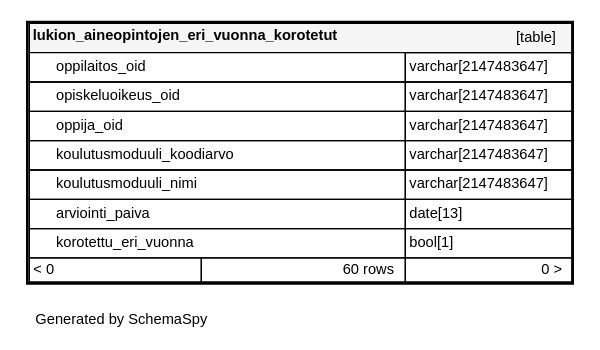
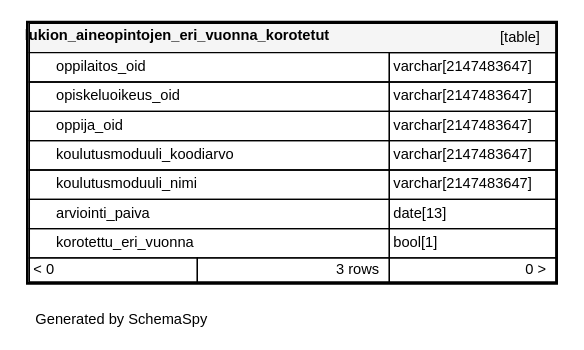
One commit to Opetushallitus/koski changed the diagram in documentation/tietokantaskeemat/koski-raportointikanta/diagrams/tables/lukion_aineopintojen_eri_vuonna_f8cfe17b.1degree.dot. Above: the diagram before and after it, drawn with Graphviz. The commit also changed 246 other files, not shown here.

```diff
--- a/documentation/tietokantaskeemat/koski-raportointikanta/diagrams/tables/lukion_aineopintojen_eri_vuonna_f8cfe17b.1degree.dot
+++ b/documentation/tietokantaskeemat/koski-raportointikanta/diagrams/tables/lukion_aineopintojen_eri_vuonna_f8cfe17b.1degree.dot
@@ -1,20 +1,20 @@
 digraph "oneDegreeRelationshipsDiagram" {
   graph [    rankdir="RL"    bgcolor="#ffffff"    label="\nGenerated by SchemaSpy"    labeljust="l"    nodesep="0.18"    ranksep="0.46"    fontname="Helvetica"    fontsize="11"    ration="compress"  ];  node [    fontname="Helvetica"    fontsize="11"    shape="plaintext"  ];  edge [    arrowsize="0.8"  ];
   "lukion_aineopintojen_eri_vuonna_korotetut" [
    label=<
     <TABLE BORDER="2" CELLBORDER="1" CELLSPACING="0" BGCOLOR="#ffffff">
-      <TR><TD COLSPAN="4"  BGCOLOR="#f5f5f5"><TABLE BORDER="0" CELLSPACING="0"><TR><TD ALIGN="LEFT" FIXEDSIZE="TRUE" WIDTH="261" HEIGHT="16"><B>lukion_aineopintojen_eri_vuonna_korotetut</B></TD><TD ALIGN="RIGHT">[table]</TD></TR></TABLE></TD></TR>
-      <TR><TD PORT="oppilaitos_oid" COLSPAN="2" BGCOLOR="#ffffff" ALIGN="LEFT"><TABLE BORDER="0" CELLSPACING="0" ALIGN="LEFT"><TR ALIGN="LEFT"><TD ALIGN="LEFT" FIXEDSIZE="TRUE" WIDTH="15" HEIGHT="16"></TD><TD ALIGN="LEFT" FIXEDSIZE="TRUE" WIDTH="261" HEIGHT="16">oppilaitos_oid</TD></TR></TABLE></TD><TD PORT="oppilaitos_oid.type" ALIGN="LEFT">varchar[2147483647]</TD></TR>
-      <TR><TD PORT="opiskeluoikeus_oid" COLSPAN="2" ALIGN="LEFT"><TABLE BORDER="0" CELLSPACING="0" ALIGN="LEFT"><TR ALIGN="LEFT"><TD ALIGN="LEFT" FIXEDSIZE="TRUE" WIDTH="15" HEIGHT="16"></TD><TD ALIGN="LEFT" FIXEDSIZE="TRUE" WIDTH="261" HEIGHT="16">opiskeluoikeus_oid</TD></TR></TABLE></TD><TD PORT="opiskeluoikeus_oid.type" ALIGN="LEFT">varchar[2147483647]</TD></TR>
-      <TR><TD PORT="oppija_oid" COLSPAN="2" ALIGN="LEFT"><TABLE BORDER="0" CELLSPACING="0" ALIGN="LEFT"><TR ALIGN="LEFT"><TD ALIGN="LEFT" FIXEDSIZE="TRUE" WIDTH="15" HEIGHT="16"></TD><TD ALIGN="LEFT" FIXEDSIZE="TRUE" WIDTH="261" HEIGHT="16">oppija_oid</TD></TR></TABLE></TD><TD PORT="oppija_oid.type" ALIGN="LEFT">varchar[2147483647]</TD></TR>
-      <TR><TD PORT="koulutusmoduuli_koodiarvo" COLSPAN="2" ALIGN="LEFT"><TABLE BORDER="0" CELLSPACING="0" ALIGN="LEFT"><TR ALIGN="LEFT"><TD ALIGN="LEFT" FIXEDSIZE="TRUE" WIDTH="15" HEIGHT="16"></TD><TD ALIGN="LEFT" FIXEDSIZE="TRUE" WIDTH="261" HEIGHT="16">koulutusmoduuli_koodiarvo</TD></TR></TABLE></TD><TD PORT="koulutusmoduuli_koodiarvo.type" ALIGN="LEFT">varchar[2147483647]</TD></TR>
-      <TR><TD PORT="koulutusmoduuli_nimi" COLSPAN="2" ALIGN="LEFT"><TABLE BORDER="0" CELLSPACING="0" ALIGN="LEFT"><TR ALIGN="LEFT"><TD ALIGN="LEFT" FIXEDSIZE="TRUE" WIDTH="15" HEIGHT="16"></TD><TD ALIGN="LEFT" FIXEDSIZE="TRUE" WIDTH="261" HEIGHT="16">koulutusmoduuli_nimi</TD></TR></TABLE></TD><TD PORT="koulutusmoduuli_nimi.type" ALIGN="LEFT">varchar[2147483647]</TD></TR>
-      <TR><TD PORT="arviointi_paiva" COLSPAN="2" ALIGN="LEFT"><TABLE BORDER="0" CELLSPACING="0" ALIGN="LEFT"><TR ALIGN="LEFT"><TD ALIGN="LEFT" FIXEDSIZE="TRUE" WIDTH="15" HEIGHT="16"></TD><TD ALIGN="LEFT" FIXEDSIZE="TRUE" WIDTH="261" HEIGHT="16">arviointi_paiva</TD></TR></TABLE></TD><TD PORT="arviointi_paiva.type" ALIGN="LEFT">date[13]</TD></TR>
-      <TR><TD PORT="korotettu_eri_vuonna" COLSPAN="2" ALIGN="LEFT"><TABLE BORDER="0" CELLSPACING="0" ALIGN="LEFT"><TR ALIGN="LEFT"><TD ALIGN="LEFT" FIXEDSIZE="TRUE" WIDTH="15" HEIGHT="16"></TD><TD ALIGN="LEFT" FIXEDSIZE="TRUE" WIDTH="261" HEIGHT="16">korotettu_eri_vuonna</TD></TR></TABLE></TD><TD PORT="korotettu_eri_vuonna.type" ALIGN="LEFT">bool[1]</TD></TR>
-      <TR><TD ALIGN="LEFT" BGCOLOR="#ffffff">&lt; 0</TD><TD ALIGN="RIGHT" BGCOLOR="#ffffff">60 rows</TD><TD ALIGN="RIGHT" BGCOLOR="#ffffff">0 &gt;</TD></TR>
+      <TR><TD COLSPAN="4"  BGCOLOR="#f5f5f5"><TABLE BORDER="0" CELLSPACING="0"><TR><TD ALIGN="LEFT" FIXEDSIZE="TRUE" WIDTH="249" HEIGHT="16"><B>lukion_aineopintojen_eri_vuonna_korotetut</B></TD><TD ALIGN="RIGHT">[table]</TD></TR></TABLE></TD></TR>
+      <TR><TD PORT="oppilaitos_oid" COLSPAN="2" BGCOLOR="#ffffff" ALIGN="LEFT"><TABLE BORDER="0" CELLSPACING="0" ALIGN="LEFT"><TR ALIGN="LEFT"><TD ALIGN="LEFT" FIXEDSIZE="TRUE" WIDTH="15" HEIGHT="16"></TD><TD ALIGN="LEFT" FIXEDSIZE="TRUE" WIDTH="249" HEIGHT="16">oppilaitos_oid</TD></TR></TABLE></TD><TD PORT="oppilaitos_oid.type" ALIGN="LEFT">varchar[2147483647]</TD></TR>
+      <TR><TD PORT="opiskeluoikeus_oid" COLSPAN="2" ALIGN="LEFT"><TABLE BORDER="0" CELLSPACING="0" ALIGN="LEFT"><TR ALIGN="LEFT"><TD ALIGN="LEFT" FIXEDSIZE="TRUE" WIDTH="15" HEIGHT="16"></TD><TD ALIGN="LEFT" FIXEDSIZE="TRUE" WIDTH="249" HEIGHT="16">opiskeluoikeus_oid</TD></TR></TABLE></TD><TD PORT="opiskeluoikeus_oid.type" ALIGN="LEFT">varchar[2147483647]</TD></TR>
+      <TR><TD PORT="oppija_oid" COLSPAN="2" ALIGN="LEFT"><TABLE BORDER="0" CELLSPACING="0" ALIGN="LEFT"><TR ALIGN="LEFT"><TD ALIGN="LEFT" FIXEDSIZE="TRUE" WIDTH="15" HEIGHT="16"></TD><TD ALIGN="LEFT" FIXEDSIZE="TRUE" WIDTH="249" HEIGHT="16">oppija_oid</TD></TR></TABLE></TD><TD PORT="oppija_oid.type" ALIGN="LEFT">varchar[2147483647]</TD></TR>
+      <TR><TD PORT="koulutusmoduuli_koodiarvo" COLSPAN="2" ALIGN="LEFT"><TABLE BORDER="0" CELLSPACING="0" ALIGN="LEFT"><TR ALIGN="LEFT"><TD ALIGN="LEFT" FIXEDSIZE="TRUE" WIDTH="15" HEIGHT="16"></TD><TD ALIGN="LEFT" FIXEDSIZE="TRUE" WIDTH="249" HEIGHT="16">koulutusmoduuli_koodiarvo</TD></TR></TABLE></TD><TD PORT="koulutusmoduuli_koodiarvo.type" ALIGN="LEFT">varchar[2147483647]</TD></TR>
+      <TR><TD PORT="koulutusmoduuli_nimi" COLSPAN="2" ALIGN="LEFT"><TABLE BORDER="0" CELLSPACING="0" ALIGN="LEFT"><TR ALIGN="LEFT"><TD ALIGN="LEFT" FIXEDSIZE="TRUE" WIDTH="15" HEIGHT="16"></TD><TD ALIGN="LEFT" FIXEDSIZE="TRUE" WIDTH="249" HEIGHT="16">koulutusmoduuli_nimi</TD></TR></TABLE></TD><TD PORT="koulutusmoduuli_nimi.type" ALIGN="LEFT">varchar[2147483647]</TD></TR>
+      <TR><TD PORT="arviointi_paiva" COLSPAN="2" ALIGN="LEFT"><TABLE BORDER="0" CELLSPACING="0" ALIGN="LEFT"><TR ALIGN="LEFT"><TD ALIGN="LEFT" FIXEDSIZE="TRUE" WIDTH="15" HEIGHT="16"></TD><TD ALIGN="LEFT" FIXEDSIZE="TRUE" WIDTH="249" HEIGHT="16">arviointi_paiva</TD></TR></TABLE></TD><TD PORT="arviointi_paiva.type" ALIGN="LEFT">date[13]</TD></TR>
+      <TR><TD PORT="korotettu_eri_vuonna" COLSPAN="2" ALIGN="LEFT"><TABLE BORDER="0" CELLSPACING="0" ALIGN="LEFT"><TR ALIGN="LEFT"><TD ALIGN="LEFT" FIXEDSIZE="TRUE" WIDTH="15" HEIGHT="16"></TD><TD ALIGN="LEFT" FIXEDSIZE="TRUE" WIDTH="249" HEIGHT="16">korotettu_eri_vuonna</TD></TR></TABLE></TD><TD PORT="korotettu_eri_vuonna.type" ALIGN="LEFT">bool[1]</TD></TR>
+      <TR><TD ALIGN="LEFT" BGCOLOR="#ffffff">&lt; 0</TD><TD ALIGN="RIGHT" BGCOLOR="#ffffff">3 rows</TD><TD ALIGN="RIGHT" BGCOLOR="#ffffff">0 &gt;</TD></TR>
     </TABLE>>
     URL="../../tables/lukion_aineopintojen_eri_vuonna_f8cfe17b.html"
     target="_top"
     tooltip="lukion_aineopintojen_eri_vuonna_korotetut"
   ];
 }
```
